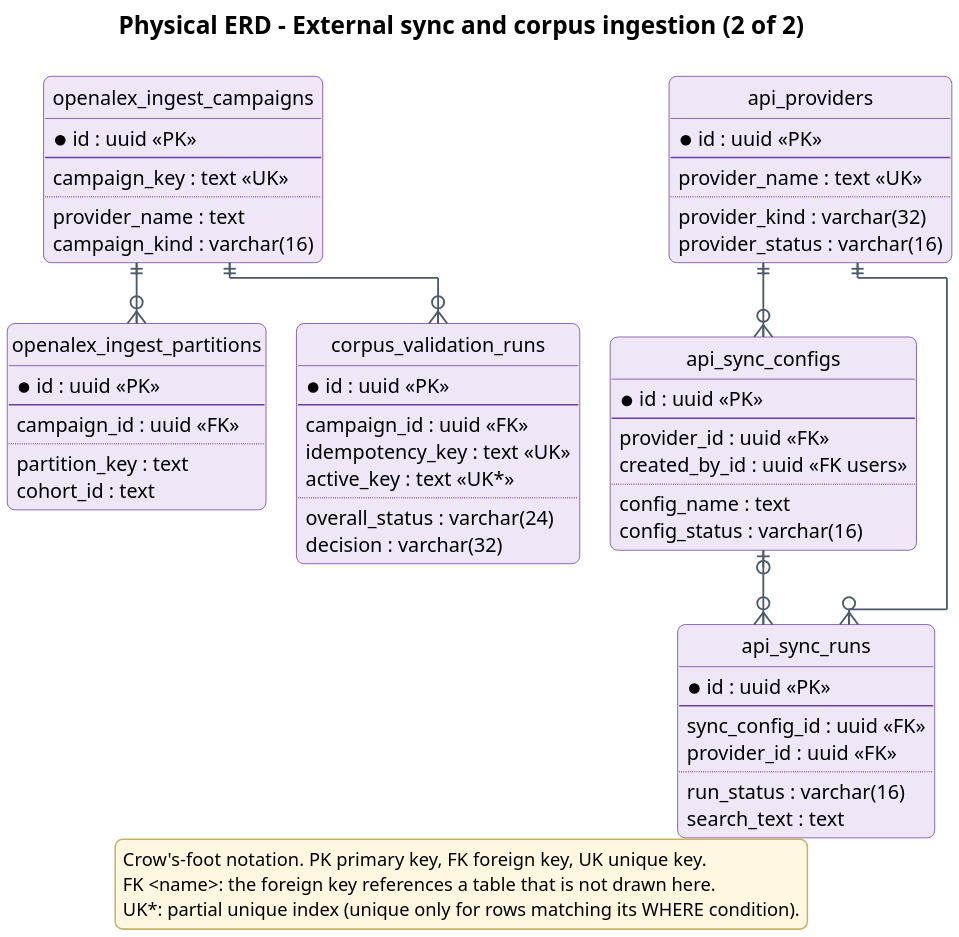
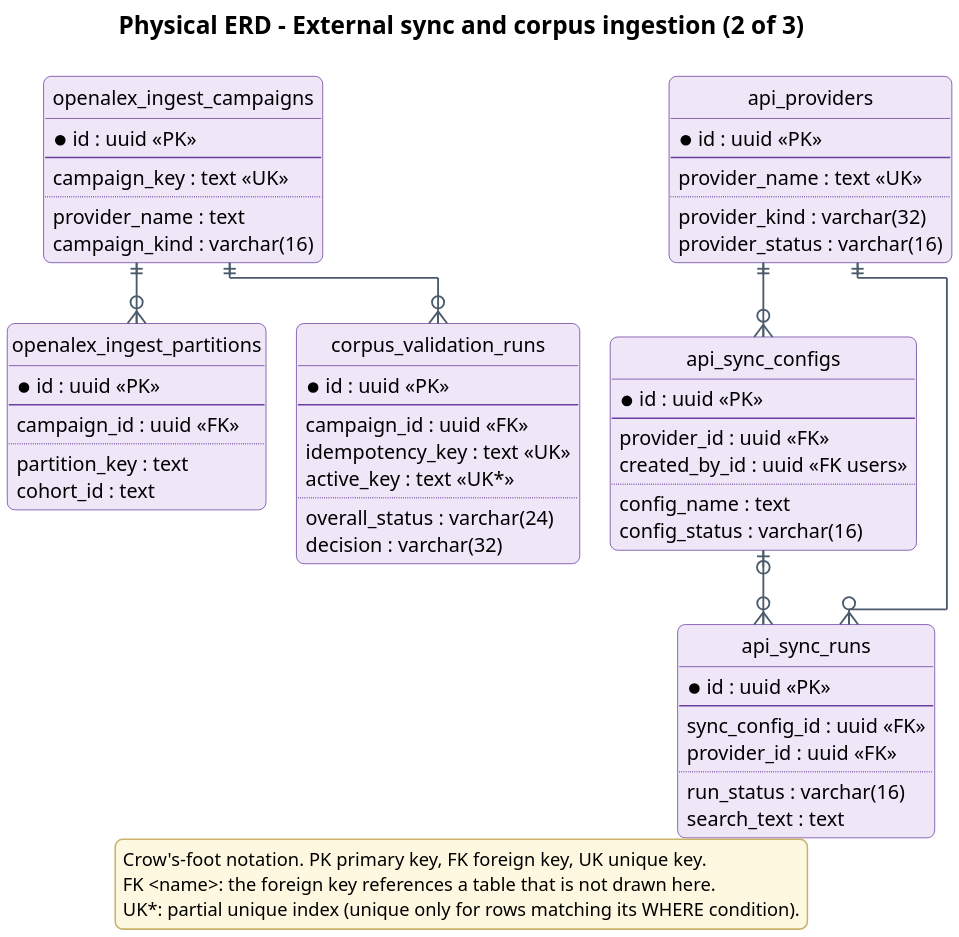
The diagram in docs/diagrams/report4/R4_ERD_operations_b.puml (Khoa-Hoa-Technology-Solution-Company/lumi-gap), drawn with PlantUML before and after one commit. The commit also changed 202 other files, not shown here.

First line of the commit message:
docs: relayout report diagrams with orthogonal hand-placed layouts

```diff
--- a/docs/diagrams/report4/R4_ERD_operations_b.puml
+++ b/docs/diagrams/report4/R4_ERD_operations_b.puml
@@ -1,90 +1,90 @@
 @startuml
 !pragma layout elk
 skinparam dpi 200
 skinparam defaultFontName "Segoe UI"
 skinparam defaultFontSize 13
 skinparam shadowing false
 skinparam roundCorner 10
 skinparam backgroundColor #FFFFFF
 skinparam ArrowColor #4A5A6A
 skinparam ArrowThickness 1.2
 skinparam ArrowFontSize 12
 skinparam ArrowFontColor #4A5A6A
 skinparam TitleFontSize 16
 skinparam TitleFontStyle bold
 skinparam entity {
   BackgroundColor #EFE6F8
   BorderColor #6A3FA0
 }
 skinparam legend {
   BackgroundColor #FFF8E1
   BorderColor #C9B36B
   FontSize 12
 }
 skinparam stereotypeFontSize 10
 hide circle
 hide empty methods
-title Physical ERD - External sync and corpus ingestion (2 of 2)
+title Physical ERD - External sync and corpus ingestion (2 of 3)
 entity api_providers #EFE6F8;line:6A3FA0 {
   * id : uuid <<PK>>
   --
   provider_name : text <<UK>>
   ..
   provider_kind : varchar(32)
   provider_status : varchar(16)
 }
 entity api_sync_configs #EFE6F8;line:6A3FA0 {
   * id : uuid <<PK>>
   --
   provider_id : uuid <<FK>>
   created_by_id : uuid <<FK users>>
   ..
   config_name : text
   config_status : varchar(16)
 }
 entity api_sync_runs #EFE6F8;line:6A3FA0 {
   * id : uuid <<PK>>
   --
   sync_config_id : uuid <<FK>>
   provider_id : uuid <<FK>>
   ..
   run_status : varchar(16)
   search_text : text
 }
 entity openalex_ingest_campaigns #EFE6F8;line:6A3FA0 {
   * id : uuid <<PK>>
   --
   campaign_key : text <<UK>>
   ..
   provider_name : text
   campaign_kind : varchar(16)
 }
 entity openalex_ingest_partitions #EFE6F8;line:6A3FA0 {
   * id : uuid <<PK>>
   --
   campaign_id : uuid <<FK>>
   ..
   partition_key : text
   cohort_id : text
 }
 entity corpus_validation_runs #EFE6F8;line:6A3FA0 {
   * id : uuid <<PK>>
   --
   campaign_id : uuid <<FK>>
   idempotency_key : text <<UK>>
   active_key : text <<UK*>>
   ..
   overall_status : varchar(24)
   decision : varchar(32)
 }
 api_providers ||--o{ api_sync_configs
 api_providers ||--o{ api_sync_runs
 api_sync_configs |o--o{ api_sync_runs
 openalex_ingest_campaigns ||--o{ corpus_validation_runs
 openalex_ingest_campaigns ||--o{ openalex_ingest_partitions
 legend bottom
 Crow's-foot notation. PK primary key, FK foreign key, UK unique key.
 FK <name>: the foreign key references a table that is not drawn here.
 UK*: partial unique index (unique only for rows matching its WHERE condition).
 endlegend
 @enduml
```
